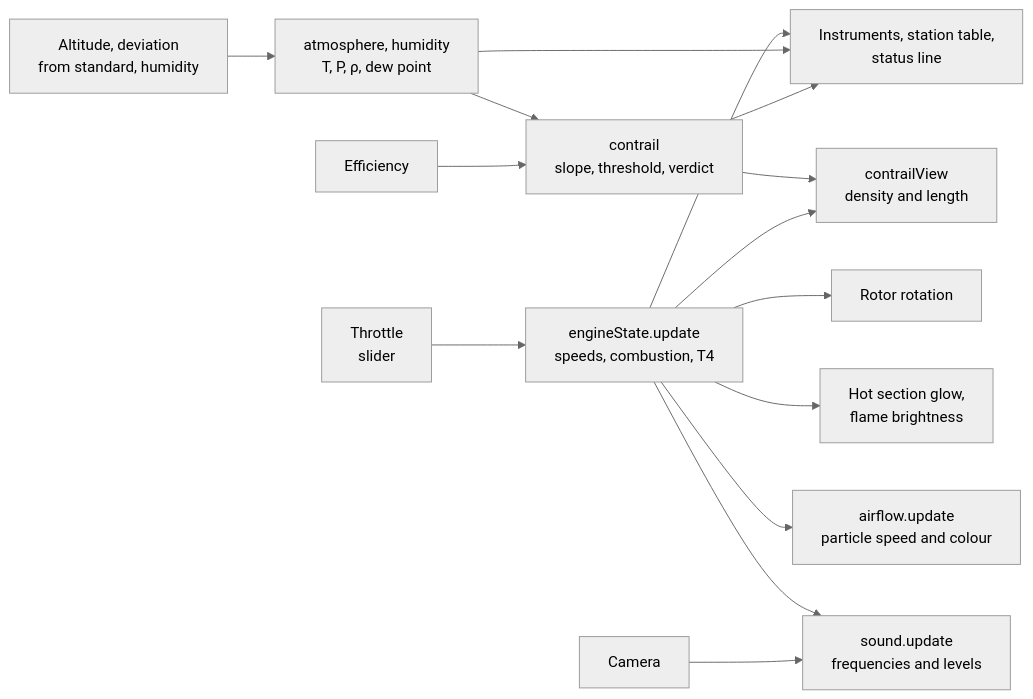
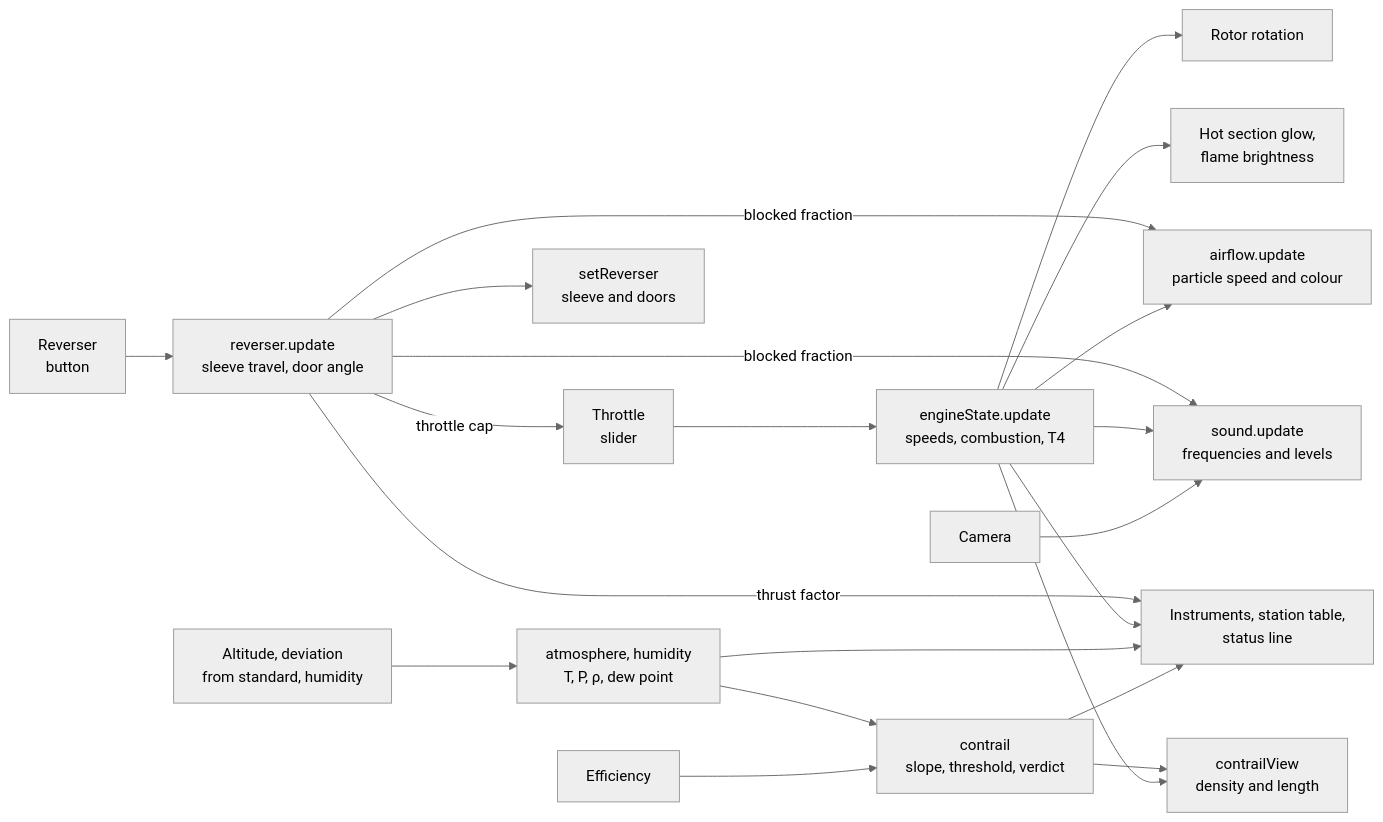
One commit to jubbon/jet-engine-3d changed the second of 2 diagrams in docs/01-architecture.md. Above: the diagram before and after it, drawn with Mermaid (neutral theme). The commit also changed other lines of this file and 10 other files, not shown here.

````diff
--- a/docs/01-architecture.md
+++ b/docs/01-architecture.md
@@ -89,15 +102,21 @@
 ```mermaid
 flowchart LR
+  RB[Reverser<br/>button] --> RV[reverser.update<br/>sleeve travel, door angle]
+  RV -- throttle cap --> R
   R[Throttle<br/>slider] --> ES[engineState.update<br/>speeds, combustion, T4]
+  RV --> GEO[setReverser<br/>sleeve and doors]
+  RV -- blocked fraction --> AF
+  RV -- blocked fraction --> SND
+  RV -- thrust factor --> UI
   ES --> ROT[Rotor rotation]
   ES --> GL[Hot section glow,<br/>flame brightness]
   ES --> AF[airflow.update<br/>particle speed and colour]
   ES --> SND[sound.update<br/>frequencies and levels]
   ES --> UI[Instruments, station table,<br/>status line]
   AMB[Altitude, deviation<br/>from standard, humidity] --> AT[atmosphere, humidity<br/>T, P, ρ, dew point] --> UI
   AT --> CT[contrail<br/>slope, threshold, verdict] --> UI
   ETA[Efficiency] --> CT
   CT --> TR[contrailView<br/>density and length]
   ES --> TR
   CAM[Camera] --> SND
 ```
````
